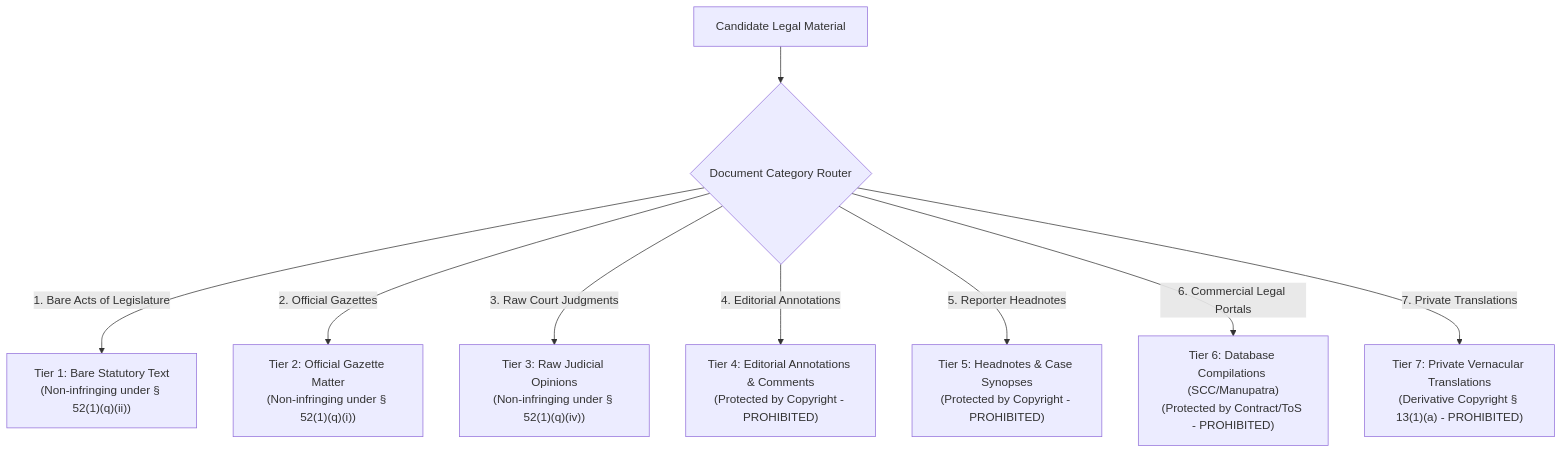
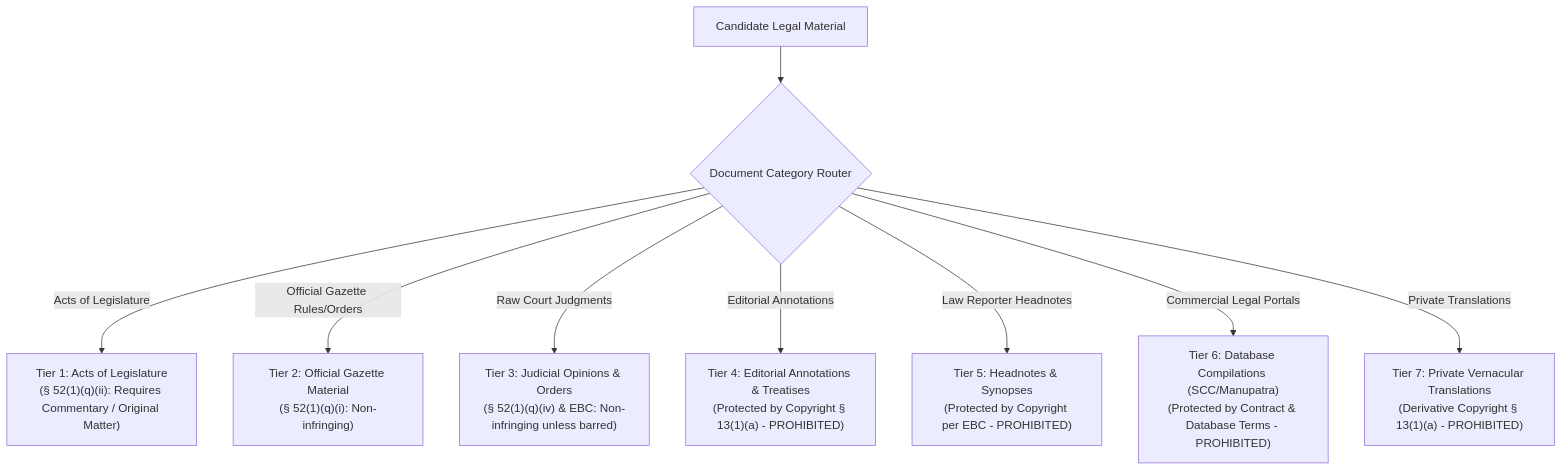
One commit to Yatharthnagpal/review changed the first of 3 diagrams in 03_LICENSE_AND_PROVENANCE_POLICY.md. Above: the diagram before and after it, drawn with Mermaid. The commit also changed other lines of this file and 18 other files, not shown here.

````diff
--- a/03_LICENSE_AND_PROVENANCE_POLICY.md
+++ b/03_LICENSE_AND_PROVENANCE_POLICY.md
@@ -29,12 +58,12 @@
 ```mermaid
 flowchart TD
     LegalDoc["Candidate Legal Material"] --> CategoryRouter{"Document Category Router"}
     
-    CategoryRouter -->|"1. Bare Acts of Legislature"| T1["Tier 1: Bare Statutory Text<br/>(Non-infringing under § 52(1)(q)(ii))"]
-    CategoryRouter -->|"2. Official Gazettes"| T2["Tier 2: Official Gazette Matter<br/>(Non-infringing under § 52(1)(q)(i))"]
-    CategoryRouter -->|"3. Raw Court Judgments"| T3["Tier 3: Raw Judicial Opinions<br/>(Non-infringing under § 52(1)(q)(iv))"]
-    CategoryRouter -->|"4. Editorial Annotations"| T4["Tier 4: Editorial Annotations & Comments<br/>(Protected by Copyright - PROHIBITED)"]
-    CategoryRouter -->|"5. Reporter Headnotes"| T5["Tier 5: Headnotes & Case Synopses<br/>(Protected by Copyright - PROHIBITED)"]
-    CategoryRouter -->|"6. Commercial Legal Portals"| T6["Tier 6: Database Compilations (SCC/Manupatra)<br/>(Protected by Contract/ToS - PROHIBITED)"]
-    CategoryRouter -->|"7. Private Translations"| T7["Tier 7: Private Vernacular Translations<br/>(Derivative Copyright § 13(1)(a) - PROHIBITED)"]
+    CategoryRouter -->|"Acts of Legislature"| T1["Tier 1: Acts of Legislature<br/>(§ 52(1)(q)(ii): Requires Commentary / Original Matter)"]
+    CategoryRouter -->|"Official Gazette Rules/Orders"| T2["Tier 2: Official Gazette Material<br/>(§ 52(1)(q)(i): Non-infringing)"]
+    CategoryRouter -->|"Raw Court Judgments"| T3["Tier 3: Judicial Opinions & Orders<br/>(§ 52(1)(q)(iv) & EBC: Non-infringing unless barred)"]
+    CategoryRouter -->|"Editorial Annotations"| T4["Tier 4: Editorial Annotations & Treatises<br/>(Protected by Copyright § 13(1)(a) - PROHIBITED)"]
+    CategoryRouter -->|"Law Reporter Headnotes"| T5["Tier 5: Headnotes & Synopses<br/>(Protected by Copyright per EBC - PROHIBITED)"]
+    CategoryRouter -->|"Commercial Legal Portals"| T6["Tier 6: Database Compilations (SCC/Manupatra)<br/>(Protected by Contract & Database Terms - PROHIBITED)"]
+    CategoryRouter -->|"Private Translations"| T7["Tier 7: Private Vernacular Translations<br/>(Derivative Copyright § 13(1)(a) - PROHIBITED)"]
 ```
````
